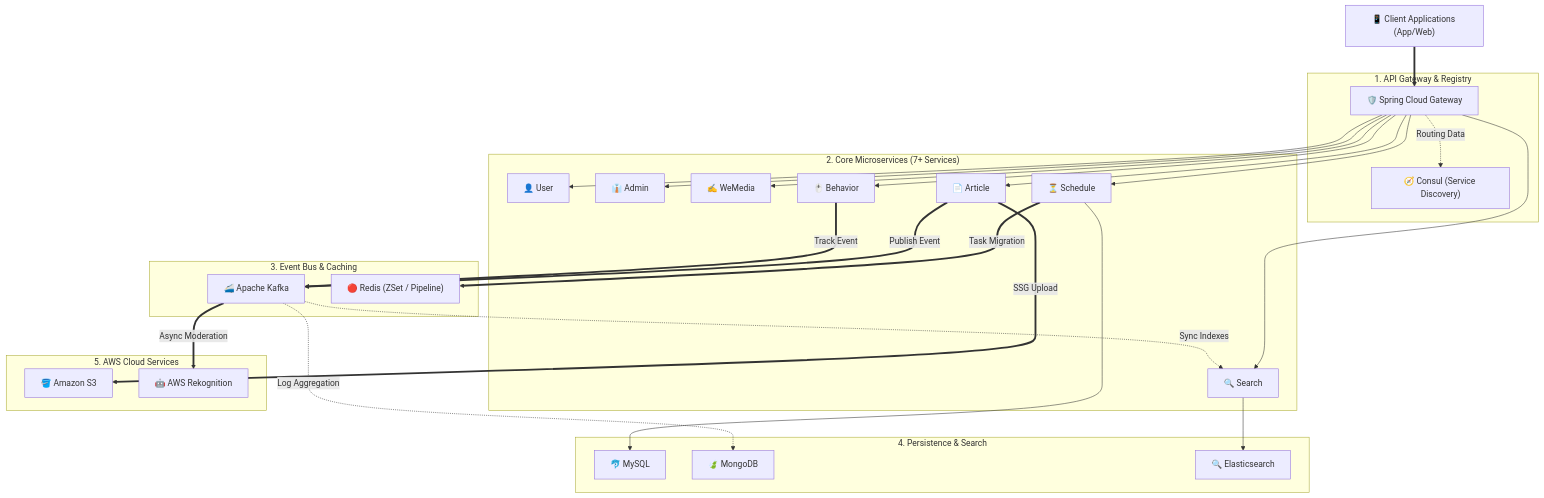
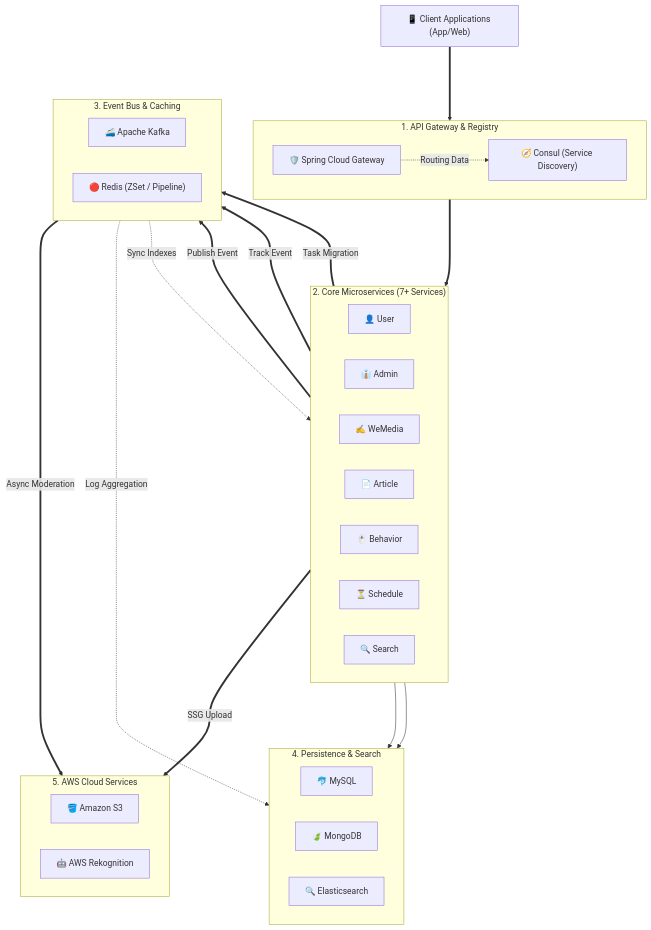
The first of 2 diagrams in README.md (hannaqq/leadnews), drawn with Mermaid before and after one commit.

````diff
--- a/README.md
+++ b/README.md
@@ -35,55 +35,60 @@
 ```mermaid
 flowchart TB
     Client["📱 Client Applications (App/Web)"]
     
     subgraph Layer1 ["1. API Gateway & Registry"]
+        direction LR
         SCG["🛡️ Spring Cloud Gateway"]
         Consul["🧭 Consul (Service Discovery)"]
     end
     
     subgraph Layer2 ["2. Core Microservices (7+ Services)"]
+        direction LR
         User["👤 User"]
         Admin["👔 Admin"]
         WeMedia["✍️ WeMedia"]
         Article["📄 Article"]
         Behavior["🖱️ Behavior"]
         Schedule["⏳ Schedule"]
         Search["🔍 Search"]
     end
     
     subgraph Layer3 ["3. Event Bus & Caching"]
+        direction LR
         Kafka["🚄 Apache Kafka"]
         Redis["🔴 Redis (ZSet / Pipeline)"]
     end
     
     subgraph Layer4 ["4. Persistence & Search"]
+        direction LR
         MySQL["🐬 MySQL"]
         MongoDB["🍃 MongoDB"]
         ES["🔍 Elasticsearch"]
     end
     
     subgraph Layer5 ["5. AWS Cloud Services"]
+        direction LR
         S3["🪣 Amazon S3"]
         AI["🤖 AWS Rekognition"]
     end
 
-    %% Tightly packed downward routing
-    Client ==> SCG
+    %% Force Vertical Stacking via Subgraph-to-Subgraph routing
+    Client ===> Layer1
+    Layer1 ===> Layer2
     SCG -.->|Routing Data| Consul
-    SCG --> User & Admin & WeMedia & Article & Behavior & Schedule & Search
     
-    %% Highlight Workflows (Thick lines, standard length)
-    Article ==>|Publish Event| Kafka
-    Behavior ==>|Track Event| Kafka
-    Kafka ==>|Async Moderation| AI
+    %% Highlight Workflows (Thick lines)
+    Article ===>|Publish Event| Kafka
+    Behavior ===>|Track Event| Kafka
+    Kafka ===>|Async Moderation| AI
     
-    %% Standard Event Bus Fanning (Showing Kafka's multi-purpose role)
+    %% Standard Event Bus Fanning
     Kafka -.->|Sync Indexes| Search
     Kafka -.->|Log Aggregation| MongoDB
     
-    Schedule ==>|Task Migration| Redis
-    Schedule --> MySQL
+    Schedule ===>|Task Migration| Redis
+    Schedule ---> MySQL
     
-    Article ==>|SSG Upload| S3
-    Search --> ES
+    Article ===>|SSG Upload| S3
+    Search ---> ES
 ```
````
